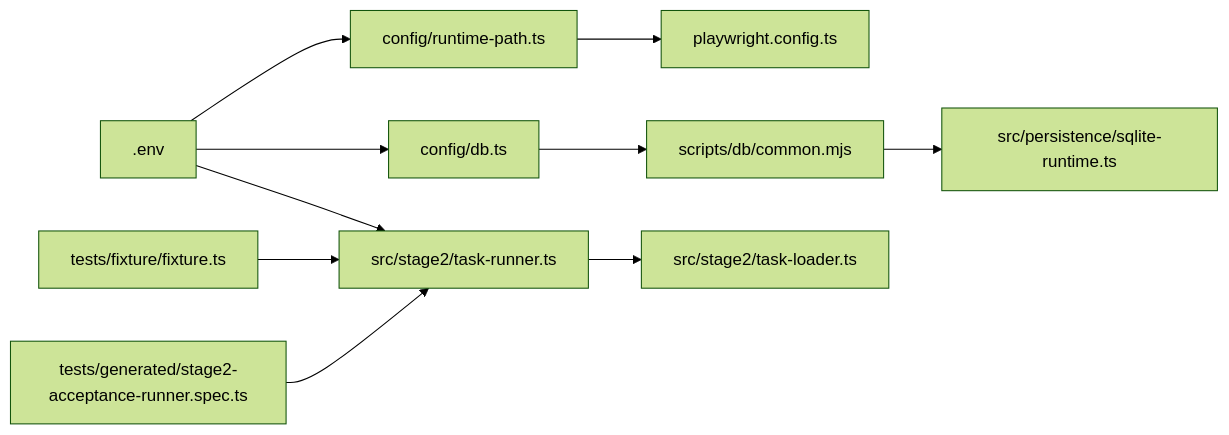
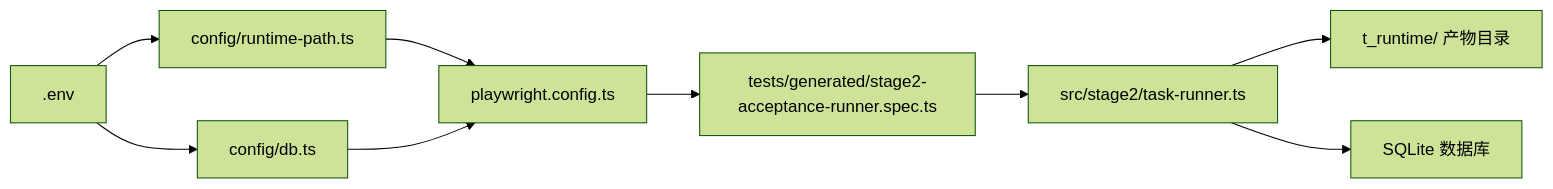
The fourth of 4 diagrams in .qoder/repowiki/zh/content/快速开始.md (Jiane-EJ/playwright-mind), drawn with Mermaid (forest theme) before and after one commit. The commit also changed other lines of this file and 151 other files, not shown here.

````diff
--- a/.qoder/repowiki/zh/content/快速开始.md
+++ b/.qoder/repowiki/zh/content/快速开始.md
@@ -251,12 +265,11 @@
 ```mermaid
 graph LR
-Env[".env"] --> RT["config/runtime-path.ts"]
-Env --> DBcfg["config/db.ts"]
-RT --> PWcfg["playwright.config.ts"]
-DBcfg --> DBscript["scripts/db/common.mjs"]
-DBscript --> DBrun["src/persistence/sqlite-runtime.ts"]
-Env --> TR["src/stage2/task-runner.ts"]
-TR --> Tload["src/stage2/task-loader.ts"]
-Fix["tests/fixture/fixture.ts"] --> TR
-Spec["tests/generated/stage2-acceptance-runner.spec.ts"] --> TR
+ENV[".env"] --> RP["config/runtime-path.ts"]
+ENV --> DB["config/db.ts"]
+RP --> PWCFG["playwright.config.ts"]
+DB --> PWCFG
+PWCFG --> TESTS["tests/generated/stage2-acceptance-runner.spec.ts"]
+TESTS --> TR["src/stage2/task-runner.ts"]
+TR --> FS["t_runtime/ 产物目录"]
+TR --> SQLITE["SQLite 数据库"]
 ```
````
